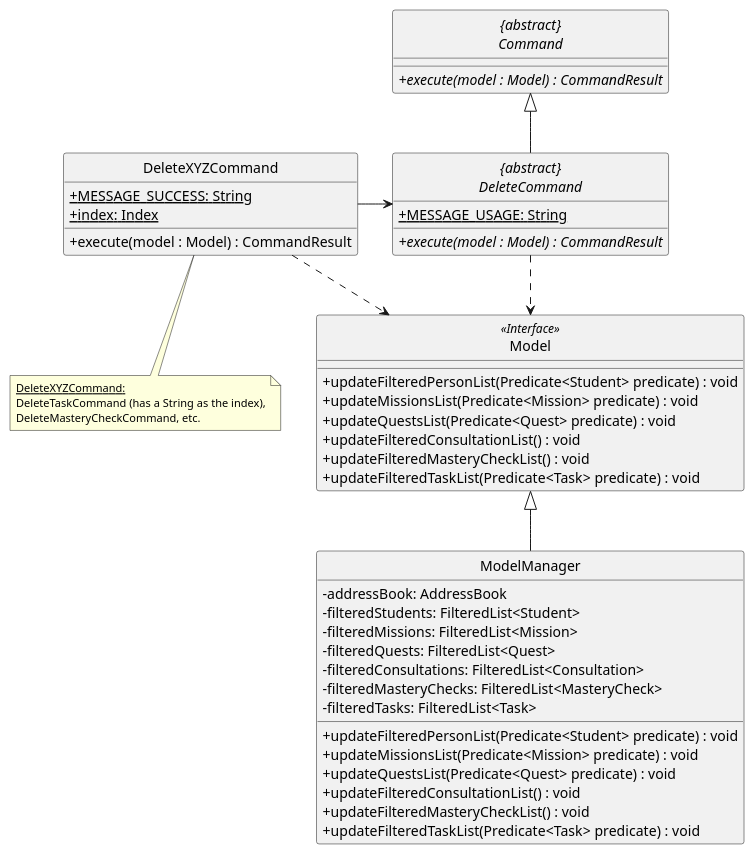
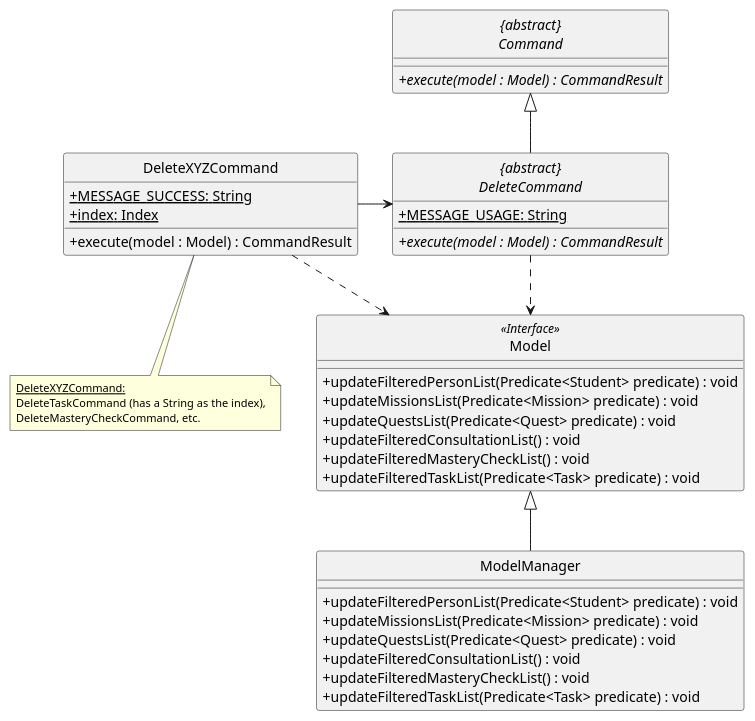
Before and after one commit to wireseo/tp: the diagram in docs/diagrams/DeleteCommandClassDiagram.puml, drawn with PlantUML. The commit also changed 5 other files, not shown here.

Commit message:
Updated Diagrams

```diff
--- a/docs/diagrams/DeleteCommandClassDiagram.puml
+++ b/docs/diagrams/DeleteCommandClassDiagram.puml
@@ -1,71 +1,62 @@
 @startuml
 skinparam backgroundColor #ffffff
 skinparam classAttributeIconSize 0
 hide circle
 
 abstract class "{abstract}\nCommand" {
     + {abstract} execute(model : Model) : CommandResult
 }
 
 class Model <<Interface>> {
     /' Methods '/
     + updateFilteredPersonList(Predicate<Student> predicate) : void
     + updateMissionsList(Predicate<Mission> predicate) : void
     + updateQuestsList(Predicate<Quest> predicate) : void
     + updateFilteredConsultationList() : void
     + updateFilteredMasteryCheckList() : void
     + updateFilteredTaskList(Predicate<Task> predicate) : void
 }
 
 class ModelManager {
-    /' Attributes '/
-    - addressBook: AddressBook
-    - filteredStudents: FilteredList<Student>
-    - filteredMissions: FilteredList<Mission>
-    - filteredQuests: FilteredList<Quest>
-    - filteredConsultations: FilteredList<Consultation>
-    - filteredMasteryChecks: FilteredList<MasteryCheck>
-    - filteredTasks: FilteredList<Task>
-
     /' Methods '/
     + updateFilteredPersonList(Predicate<Student> predicate) : void
     + updateMissionsList(Predicate<Mission> predicate) : void
     + updateQuestsList(Predicate<Quest> predicate) : void
     + updateFilteredConsultationList() : void
     + updateFilteredMasteryCheckList() : void
     + updateFilteredTaskList(Predicate<Task> predicate) : void
 }
 
 abstract class "{abstract}\nDeleteCommand"{
     /' Attributes '/
     + {static} MESSAGE_USAGE: String
 
     /' Methods '/
     + {abstract} execute(model : Model) : CommandResult
 }
 
 class DeleteXYZCommand {
     /' Attributes '/
     + {static} MESSAGE_SUCCESS: String
     + {static} index: Index
 
 
     /' Methods '/
     + execute(model : Model) : CommandResult
 }
 
 
 note as N1
   <size: 11><u>DeleteXYZCommand:</size>
   <size: 11>DeleteTaskCommand (has a String as the index),</size>
   <size: 11>DeleteMasteryCheckCommand, etc.</size>
 end note
 
 N1 .up. DeleteXYZCommand
 
 "{abstract}\nDeleteCommand" ..> Model
 "{abstract}\nDeleteCommand" --up|> "{abstract}\nCommand"
 DeleteXYZCommand -> "{abstract}\nDeleteCommand"
 "DeleteXYZCommand" ..> Model
 ModelManager --up|> Model
 @enduml
```
